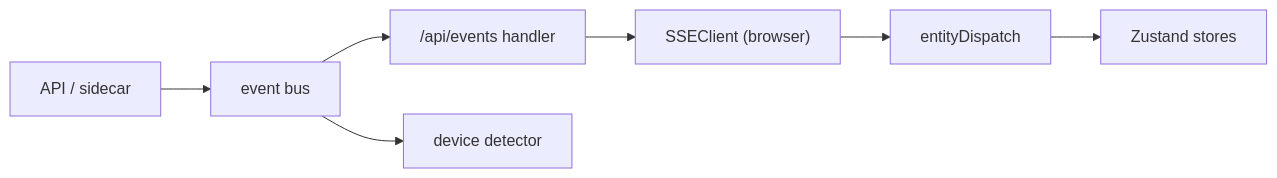
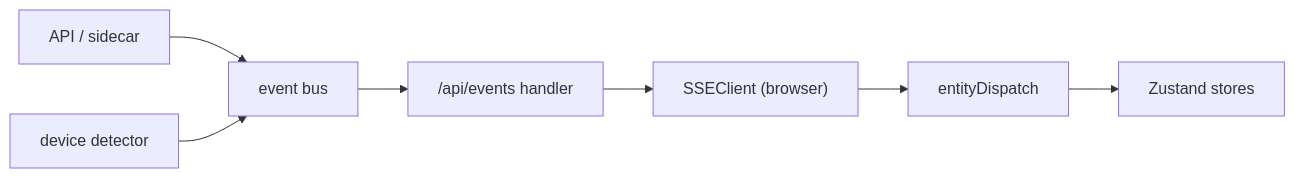
Before and after one commit to smazurov/videonode: the diagram in website/docs/development/events-and-sse.md, drawn with Mermaid. The commit also changed other lines of this file and 3 other files, not shown here.

````diff
--- a/website/docs/development/events-and-sse.md
+++ b/website/docs/development/events-and-sse.md
@@ -78,16 +78,17 @@
 ```mermaid
 flowchart LR
   accTitle: VideoNode event flow from producer to UI
   accDescr {
     A producer publishes to the in-process bus. The SSE handler is one bus
     subscriber that forwards events over /api/events to the browser SSE
     client, which dispatches entity events into Zustand stores. The device
-    detector is a second bus subscriber that reacts in-process.
+    detector is a second producer, publishing device-discovery events into
+    the same bus.
   }
   prod["API / sidecar"] --> bus["event bus"]
+  det["device detector"] --> bus
   bus --> sse["/api/events handler"]
-  bus --> det["device detector"]
   sse --> client["SSEClient (browser)"]
   client --> disp["entityDispatch"]
   disp --> store["Zustand stores"]
 ```
````
